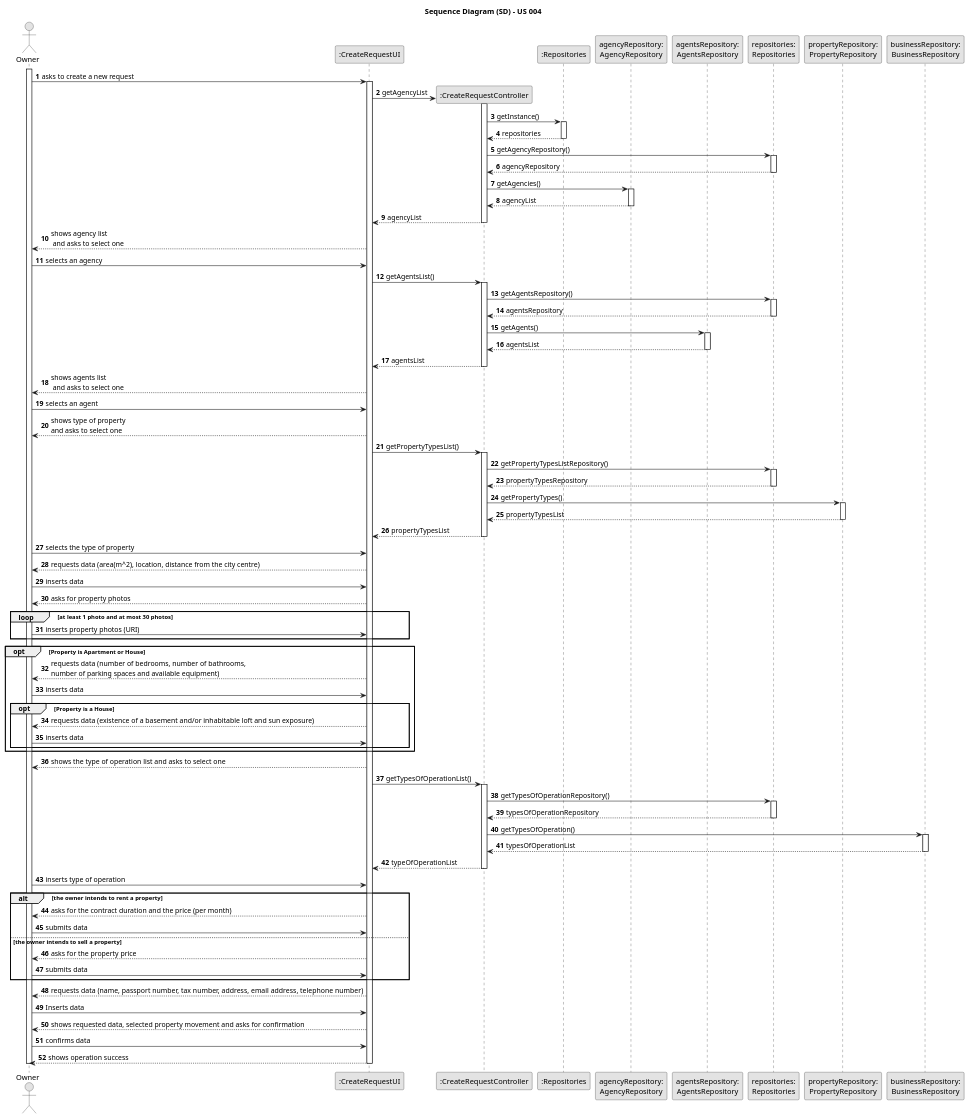
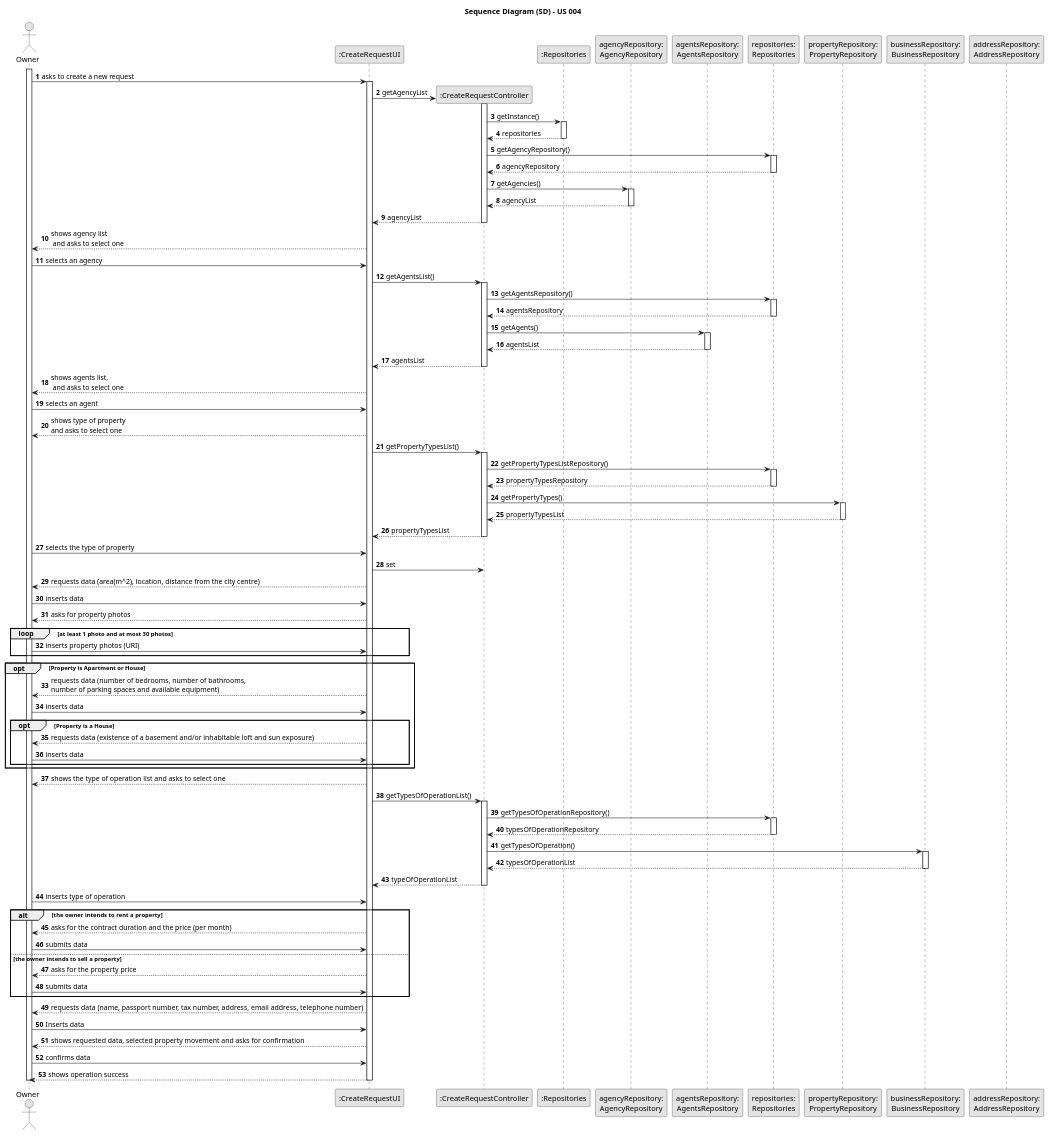
One commit to 1220812/LAPR2 changed the diagram in docs/sprintB/us004/03.design/puml/us004-sequence-diagram-full.puml. Above: the diagram before and after it, drawn with PlantUML. The commit also changed 3 other files, not shown here.

Commit message:
Sequence diagram almost done and some fixes in the domainModel  - US 004

```diff
--- a/docs/sprintB/us004/03.design/puml/us004-sequence-diagram-full.puml
+++ b/docs/sprintB/us004/03.design/puml/us004-sequence-diagram-full.puml
@@ -1,174 +1,176 @@
 @startuml
 skinparam monochrome true
 skinparam packageStyle rectangle
 skinparam shadowing false
 
 autonumber
 title Sequence Diagram (SD) - US 004
 'hide footbox
 actor "Owner" as Owner
 participant ":CreateRequestUI" as UI
 participant ":CreateRequestController" as CTRL
 participant ":Repositories" as Repositories
 participant "repositories:\nRepositories" as RR
 participant "agencyRepository:\nAgencyRepository" as AgencyR
 participant "agentsRepository:\nAgentsRepository" as AgentR
 participant "requestRepository:\nAnnouncementRepository" as RR
 participant "propertyRepository:\nPropertyRepository" as PR
 participant "businessRepository:\nBusinessRepository" as BR
+participant "addressRepository:\nAddressRepository" as AR
 
 activate Owner
 
         Owner -> UI : asks to create a new request
 
         activate UI
 
             UI -> CTRL** : getAgencyList
             activate CTRL
 
                 CTRL -> Repositories : getInstance()
                 activate Repositories
 
                     Repositories --> CTRL: repositories
                 deactivate Repositories
 
                 CTRL -> RR : getAgencyRepository()
                 activate RR
 
                     RR --> CTRL: agencyRepository
                 deactivate RR
 
                 CTRL ->  AgencyR : getAgencies()
                 activate AgencyR
 
                     AgencyR --> CTRL : agencyList
                 deactivate AgencyR
 
                 CTRL --> UI : agencyList
             deactivate CTRL
 
             UI --> Owner : shows agency list\n and asks to select one
 
             Owner -> UI : selects an agency
 
             UI -> CTRL : getAgentsList()
             activate CTRL
 
             CTRL -> RR : getAgentsRepository()
             activate RR
 
             RR --> CTRL : agentsRepository
 
             deactivate RR
 
             CTRL -> AgentR : getAgents()
             activate AgentR
 
             AgentR --> CTRL : agentsList
             deactivate AgentR
 
             CTRL --> UI : agentsList
             deactivate
 
             deactivate CTRL
 
-            UI --> Owner : shows agents list \n and asks to select one
+            UI --> Owner : shows agents list, \n and asks to select one
 
             Owner -> UI : selects an agent
 
             UI --> Owner : shows type of property \nand asks to select one
 
             UI -> CTRL : getPropertyTypesList()
             activate CTRL
 
             CTRL -> RR : getPropertyTypesListRepository()
             activate RR
 
             RR --> CTRL : propertyTypesRepository
             deactivate RR
 
             CTRL -> PR : getPropertyTypes()
             activate PR
 
             PR --> CTRL : propertyTypesList
             deactivate PR
             CTRL --> UI : propertyTypesList
             deactivate CTRL
 
             Owner -> UI : selects the type of property
 
+            UI -> CTRL : set
             UI --> Owner : requests data (area(m^2), location, distance from the city centre)
 
             Owner -> UI : inserts data
 
             UI --> Owner : asks for property photos
 
             loop at least 1 photo and at most 30 photos
 
             Owner -> UI : inserts property photos (URI)
 
             end
 
 
     opt Property is Apartment or House
 
         UI --> Owner : requests data (number of bedrooms, number of bathrooms, \nnumber of parking spaces and available equipment)
 
     Owner -> UI : inserts data
 
     opt Property is a House
 
          UI --> Owner : requests data (existence of a basement and/or inhabitable loft and sun exposure)
 
     Owner -> UI : inserts data
 
     end
 
     end
 
     UI --> Owner : shows the type of operation list and asks to select one
     UI -> CTRL : getTypesOfOperationList()
     activate CTRL
 
     CTRL -> RR : getTypesOfOperationRepository()
     activate RR
 
     RR --> CTRL : typesOfOperationRepository
     deactivate RR
 
     CTRL -> BR : getTypesOfOperation()
     activate BR
 
     BR --> CTRL : typesOfOperationList
     deactivate BR
 
     CTRL --> UI : typeOfOperationList
     deactivate CTRL
 
     Owner -> UI : inserts type of operation
 
     alt the owner intends to rent a property
 
     UI --> Owner : asks for the contract duration and the price (per month)
 
     Owner -> UI : submits data
 
     else the owner intends to sell a property
     UI --> Owner : asks for the property price
 
     Owner -> UI : submits data
 
     end
           UI --> Owner : requests data (name, passport number, tax number, address, email address, telephone number)
 
     Owner -> UI : Inserts data
 
            UI --> Owner : shows requested data, selected property movement and asks for confirmation
 
             Owner -> UI : confirms data
             deactivate CTRL
             UI --> Owner: shows operation success
     deactivate UI
 
 deactivate Owner
 @enduml
```
